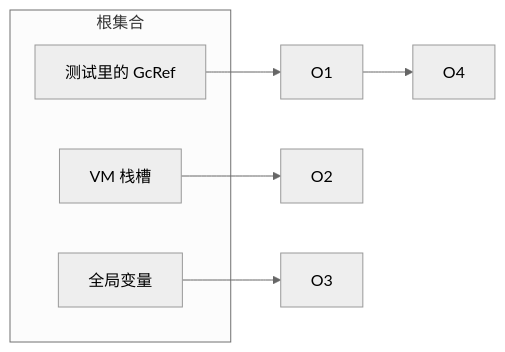
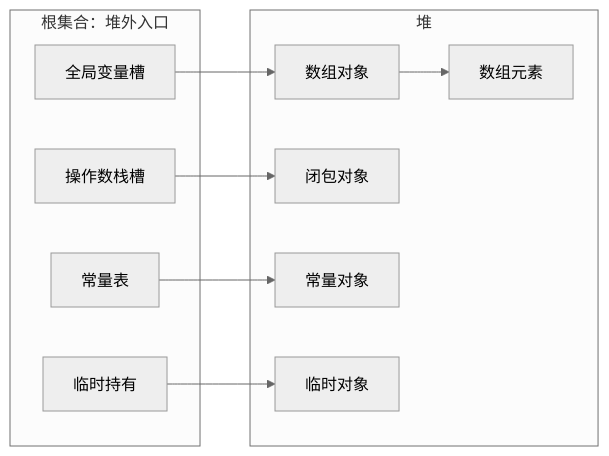
The second of 13 diagrams in gc/gc-report.md (gengjiawen/monkey-rust), drawn with Mermaid (neutral theme) before and after one commit. The commit also changed other lines of this file, not shown here.

````diff
--- a/gc/gc-report.md
+++ b/gc/gc-report.md
@@ -139,12 +102,21 @@
 ```mermaid
 flowchart LR
-    subgraph roots [根集合]
-        R1[测试里的 GcRef]
-        R2[VM 栈槽]
-        R3[全局变量]
+    subgraph roots [根集合：堆外入口]
+        R1[全局变量槽]
+        R2[操作数栈槽]
+        R3[常量表]
+        R4[临时持有]
     end
-    R1 --> O1
-    R2 --> O2
-    R3 --> O3
-    O1 --> O4
+    subgraph heap [堆]
+        A[数组对象]
+        B[数组元素]
+        C[闭包对象]
+        D[常量对象]
+        E[临时对象]
+    end
+    R1 --> A
+    A --> B
+    R2 --> C
+    R3 --> D
+    R4 --> E
 ```
````
